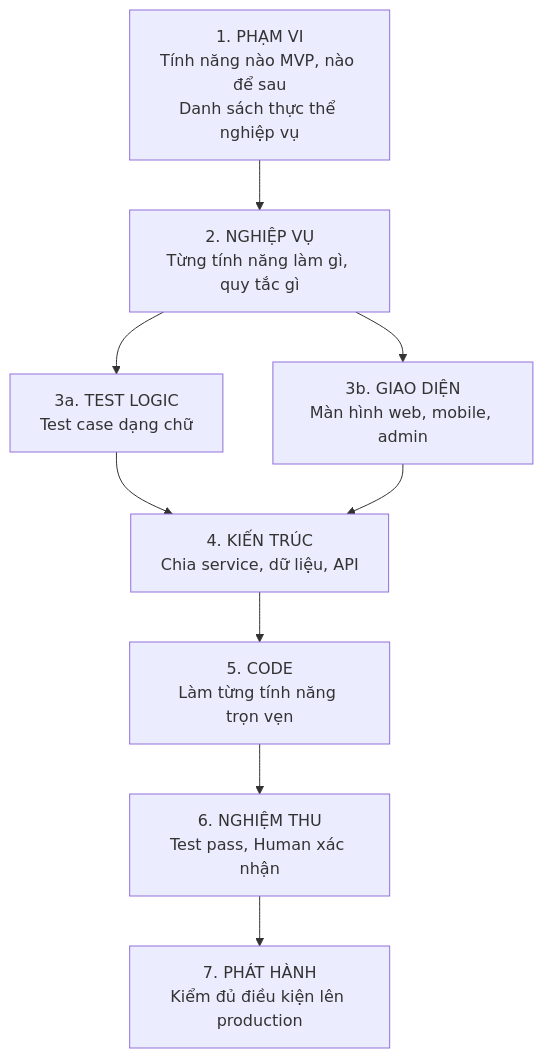
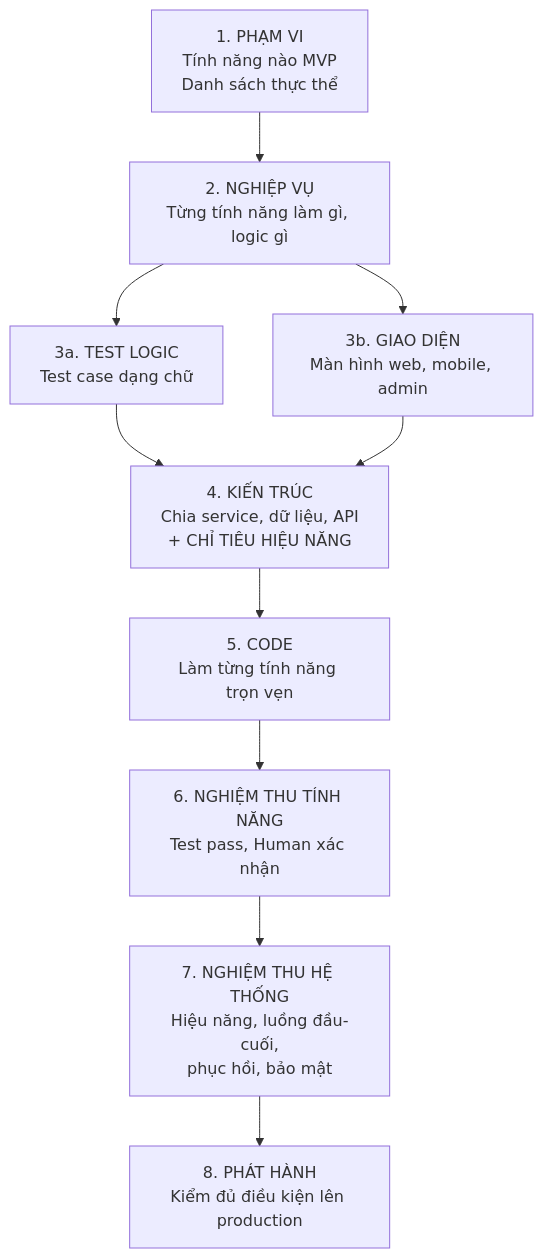
One commit to Kynderis/kendrick-ai-tools changed the seventh of 10 diagrams in design/00-BAT-DAU-TU-DAY.md. Above: the diagram before and after it, drawn with Mermaid. The commit also changed other lines of this file and 4 other files, not shown here.

````diff
--- a/design/00-BAT-DAU-TU-DAY.md
+++ b/design/00-BAT-DAU-TU-DAY.md
@@ -256,11 +344,12 @@
 ```mermaid
 flowchart TD
-    T1["1. PHẠM VI<br/>Tính năng nào MVP, nào để sau<br/>Danh sách thực thể nghiệp vụ"] --> T2
-    T2["2. NGHIỆP VỤ<br/>Từng tính năng làm gì, quy tắc gì"] --> T3A & T3B
+    T1["1. PHẠM VI<br/>Tính năng nào MVP<br/>Danh sách thực thể"] --> T2
+    T2["2. NGHIỆP VỤ<br/>Từng tính năng làm gì, logic gì"] --> T3A & T3B
     T3A["3a. TEST LOGIC<br/>Test case dạng chữ"] --> T4
     T3B["3b. GIAO DIỆN<br/>Màn hình web, mobile, admin"] --> T4
-    T4["4. KIẾN TRÚC<br/>Chia service, dữ liệu, API"] --> T5
+    T4["4. KIẾN TRÚC<br/>Chia service, dữ liệu, API<br/>+ CHỈ TIÊU HIỆU NĂNG"] --> T5
     T5["5. CODE<br/>Làm từng tính năng trọn vẹn"] --> T6
-    T6["6. NGHIỆM THU<br/>Test pass, Human xác nhận"] --> T7
-    T7["7. PHÁT HÀNH<br/>Kiểm đủ điều kiện lên production"]
+    T6["6. NGHIỆM THU TÍNH NĂNG<br/>Test pass, Human xác nhận"] --> T7
+    T7["7. NGHIỆM THU HỆ THỐNG<br/>Hiệu năng, luồng đầu-cuối,<br/>phục hồi, bảo mật"] --> T8
+    T8["8. PHÁT HÀNH<br/>Kiểm đủ điều kiện lên production"]
 ```
````
